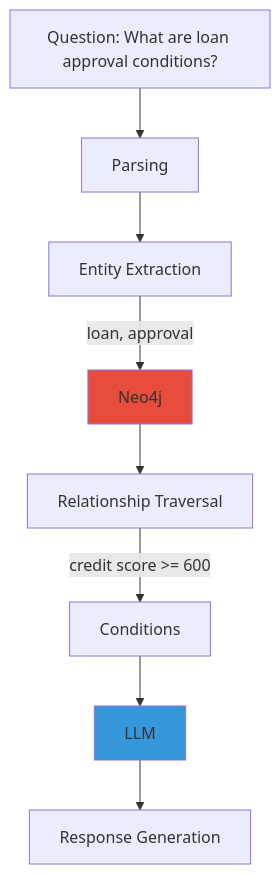
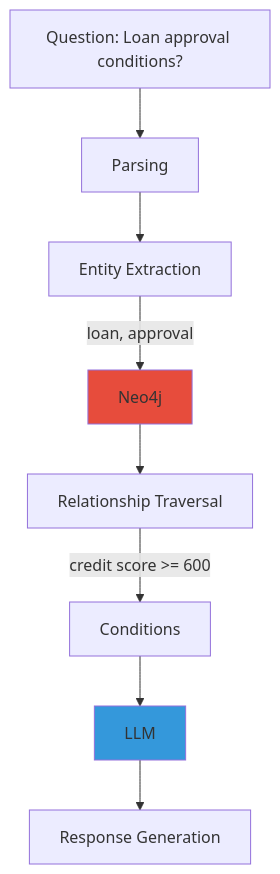
The third of 4 diagrams in i18n/en/docusaurus-plugin-content-docs/current/agentic-ai-platform/operations-mlops/governance/domain-customization.md (devfloor9/engineering-playbook), drawn with Mermaid before and after one commit. The commit also changed other lines of this file and 72 other files, not shown here.

````diff
--- a/i18n/en/docusaurus-plugin-content-docs/current/agentic-ai-platform/operations-mlops/governance/domain-customization.md
+++ b/i18n/en/docusaurus-plugin-content-docs/current/agentic-ai-platform/operations-mlops/governance/domain-customization.md
@@ -117,13 +215,13 @@
 ```mermaid
 graph TD
-    Q["Question: What are loan approval conditions?"] --> P[Parsing]
+    Q["Question: Loan approval conditions?"] --> P[Parsing]
     P --> E1[Entity Extraction]
     E1 --> |loan, approval| N[Neo4j]
     N --> R[Relationship Traversal]
-    R --> |credit score >= 600| C[Conditions]
+    R --> |"credit score >= 600"| C[Conditions]
     C --> L[LLM]
     L --> A[Response Generation]
     
     style N fill:#e74c3c
     style L fill:#3498db
 ```
````
